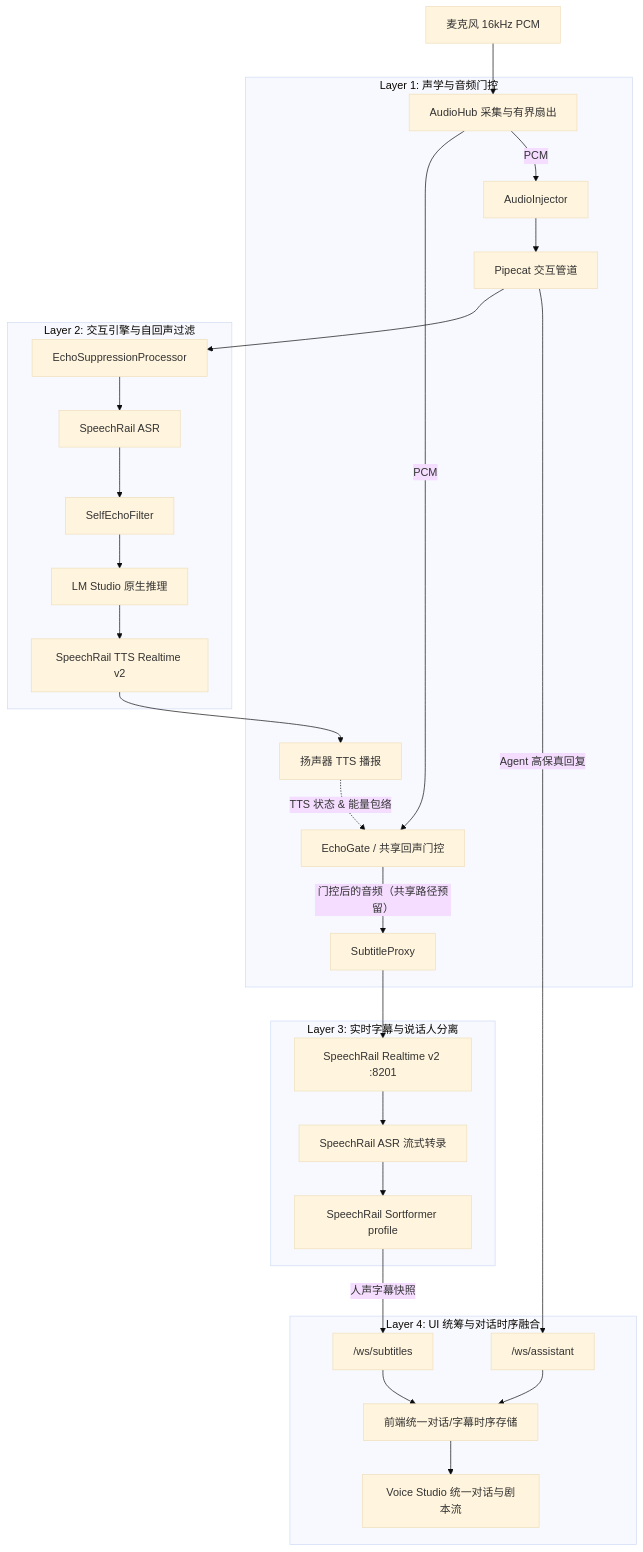
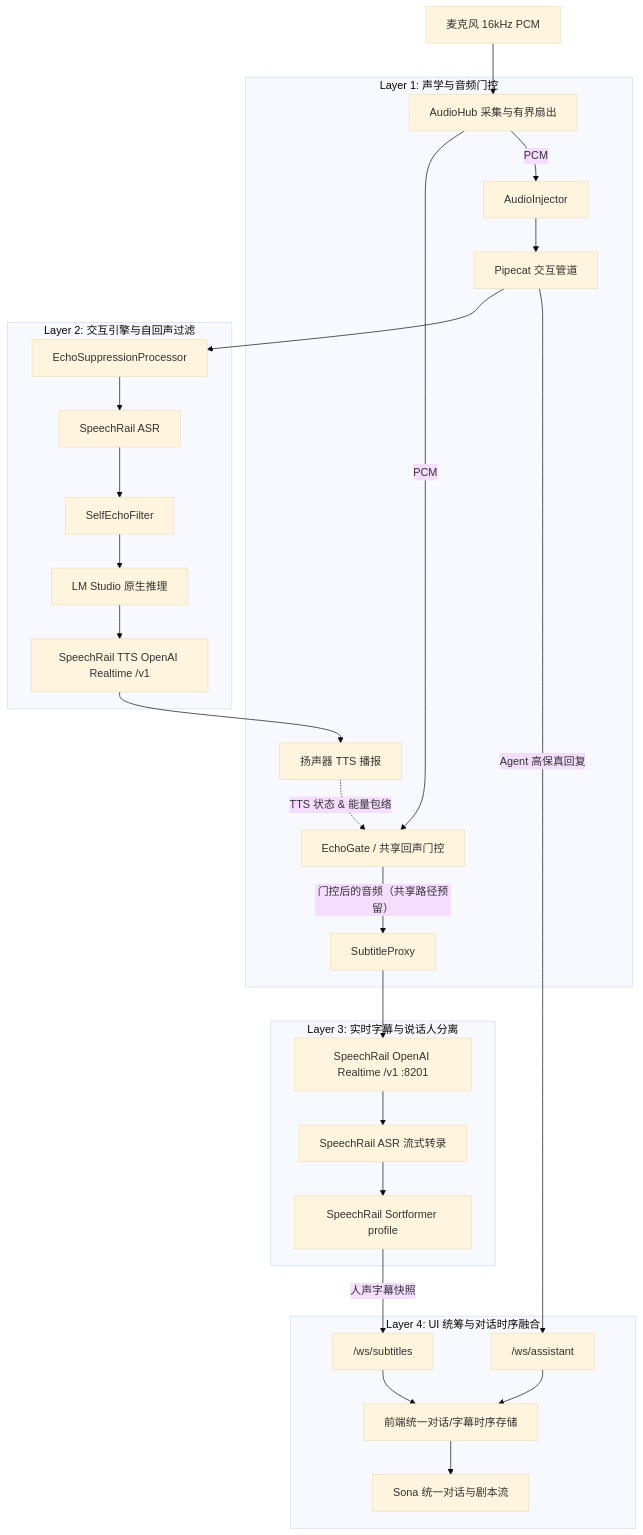
One commit to hrygo/voice-realtime changed the diagram in docs/architecture/声学防回声与全双工交互设计方案.md. Above: the diagram before and after it, drawn with Mermaid (base theme). The commit also changed other lines of this file and 394 other files, not shown here.

First line of the commit message:
refactor: rename project voice-realtime → sona, migrate SpeechRail to OpenAI /v1/realtime

````diff
--- a/docs/architecture/声学防回声与全双工交互设计方案.md
+++ b/docs/architecture/声学防回声与全双工交互设计方案.md
@@ -55,35 +55,35 @@
 ```mermaid
 flowchart TD
     MIC["麦克风 16kHz PCM"] --> HUB["AudioHub 采集与有界扇出"]
     
     subgraph S1["Layer 1: 声学与音频门控"]
         HUB -->|PCM| GATER["EchoGate / 共享回声门控"]
         TTS_PLAY["扬声器 TTS 播报"] -.->|TTS 状态 & 能量包络| GATER
         GATER -->|门控后的音频（共享路径预留）| SP["SubtitleProxy"]
         HUB -->|PCM| INJECTOR["AudioInjector"]
         INJECTOR --> PIPELINE["Pipecat 交互管道"]
     end
     
     subgraph S2["Layer 2: 交互引擎与自回声过滤"]
         PIPELINE --> ECHO_PROC["EchoSuppressionProcessor"]
         ECHO_PROC --> STT["SpeechRail ASR"]
         STT --> ECHO_FILTER["SelfEchoFilter"]
         ECHO_FILTER --> LLM["LM Studio 原生推理"]
-        LLM --> SPEECHRAIL_TTS["SpeechRail TTS Realtime v2"]
+        LLM --> SPEECHRAIL_TTS["SpeechRail TTS OpenAI Realtime /v1"]
         SPEECHRAIL_TTS --> TTS_PLAY
     end
     
     subgraph S3["Layer 3: 实时字幕与说话人分离"]
-        SP --> SPEECHRAIL["SpeechRail Realtime v2 :8201"]
+        SP --> SPEECHRAIL["SpeechRail OpenAI Realtime /v1 :8201"]
         SPEECHRAIL --> QWEN_ASR["SpeechRail ASR 流式转录"]
         QWEN_ASR --> SORTFORMER["SpeechRail Sortformer profile"]
     end
     
     subgraph S4["Layer 4: UI 统筹与对话时序融合"]
         SORTFORMER -->|人声字幕快照| SUB_WS["/ws/subtitles"]
         PIPELINE -->|Agent 高保真回复| ASST_WS["/ws/assistant"]
         SUB_WS --> UI_STORE["前端统一对话/字幕时序存储"]
         ASST_WS --> UI_STORE
-        UI_STORE --> UI_VIEW["Voice Studio 统一对话与剧本流"]
+        UI_STORE --> UI_VIEW["Sona 统一对话与剧本流"]
     end
 ```
````
